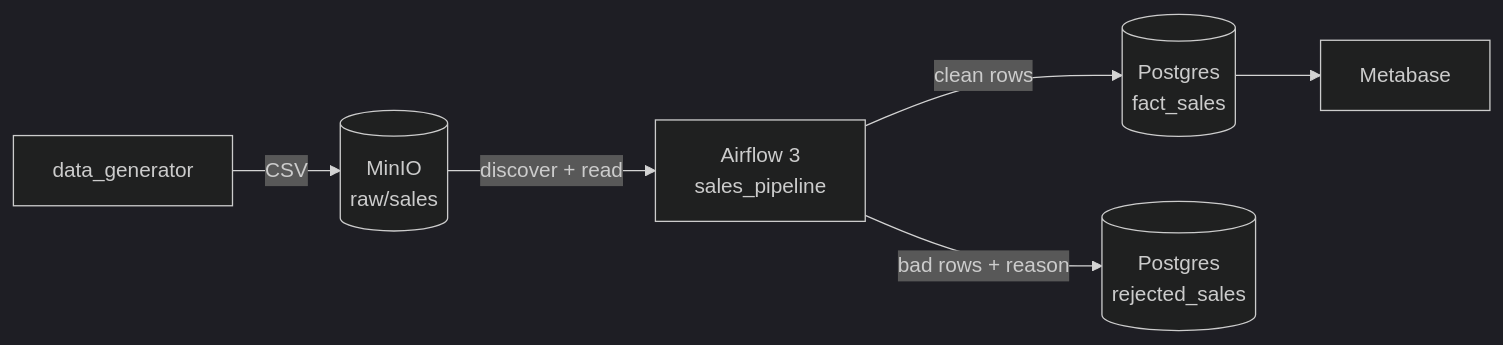
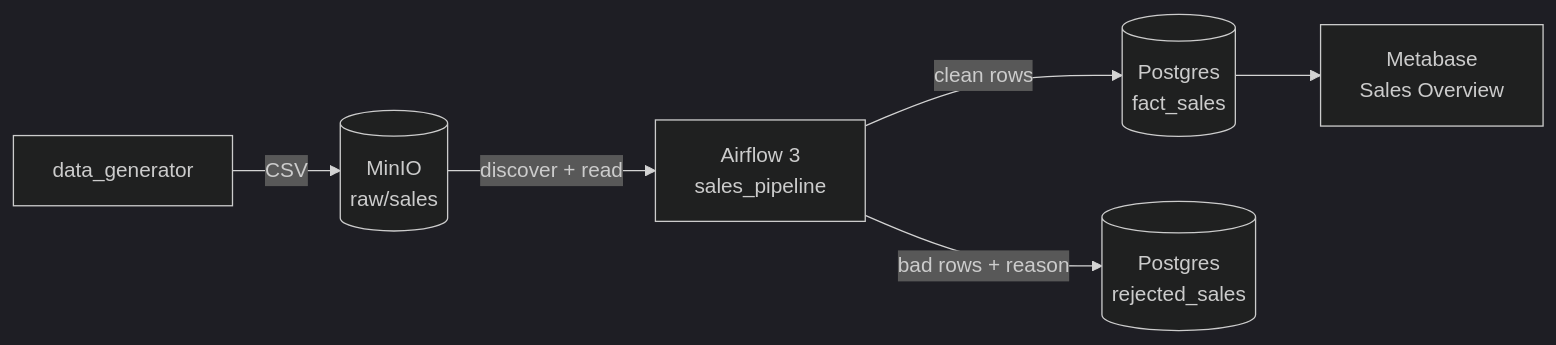
One commit to josephforson285/dockerized-mini-data-platform changed the diagram in README.md. Above: the diagram before and after it, drawn with Mermaid (dark theme). The commit also changed other lines of this file, not shown here.

````diff
--- a/README.md
+++ b/README.md
@@ -7,8 +7,8 @@
 ```mermaid
 flowchart LR
     G[data_generator] -->|CSV| M[(MinIO<br/>raw/sales)]
     M -->|discover + read| A[Airflow 3<br/>sales_pipeline]
     A -->|clean rows| P[(Postgres<br/>fact_sales)]
     A -->|bad rows + reason| R[(Postgres<br/>rejected_sales)]
-    P --> B[Metabase]
+    P --> B[Metabase<br/>Sales Overview]
 ```
````
